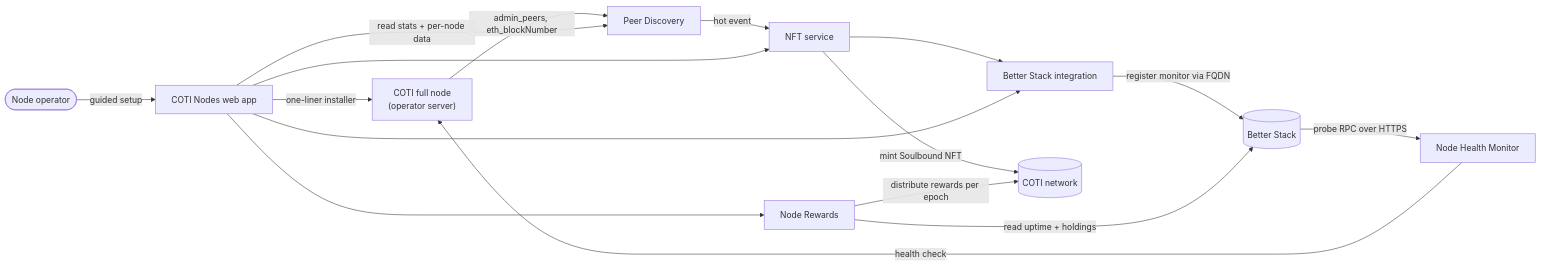
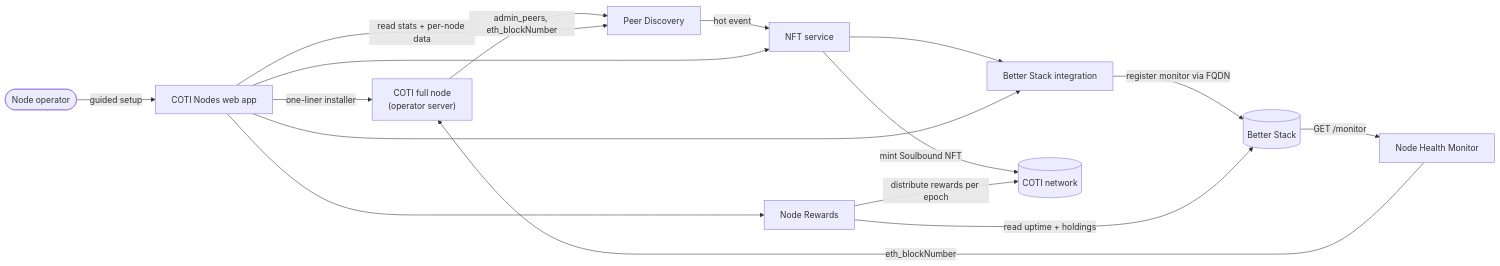
The diagram in node-ecosystem/README.md (naiemk-coti/documentation), drawn with Mermaid before and after one commit. The commit also changed other lines of this file and 7 other files, not shown here.

Commit message:
docs: update backend services and installation documentation to clarify monitoring processes, node health checks, and FQDN usage, enhancing user understanding of the COTI ecosystem

````diff
--- a/node-ecosystem/README.md
+++ b/node-ecosystem/README.md
@@ -72,29 +72,29 @@
 ```mermaid
 flowchart LR
     Operator([Node operator])
     UI["COTI Nodes web app"]
     FullNode["COTI full node<br/>(operator server)"]
     PDS["Peer Discovery"]
     NFT["NFT service"]
     BSI["Better Stack integration"]
     NHM["Node Health Monitor"]
     NRS["Node Rewards"]
     BetterStack[(Better Stack)]
     Chain[(COTI network)]
 
     Operator -->|guided setup| UI
     UI -->|one-liner installer| FullNode
     FullNode -->|admin_peers, eth_blockNumber| PDS
     PDS -->|"hot event"| NFT
     NFT -->|mint Soulbound NFT| Chain
     NFT --> BSI
     BSI -->|register monitor via FQDN| BetterStack
-    BetterStack -->|probe RPC over HTTPS| NHM
-    NHM -->|health check| FullNode
+    BetterStack -->|"GET /monitor"| NHM
+    NHM -->|"eth_blockNumber"| FullNode
     NRS -->|read uptime + holdings| BetterStack
     NRS -->|distribute rewards per epoch| Chain
     UI -->|read stats + per-node data| PDS
     UI --> NFT
     UI --> BSI
     UI --> NRS
 ```
````
